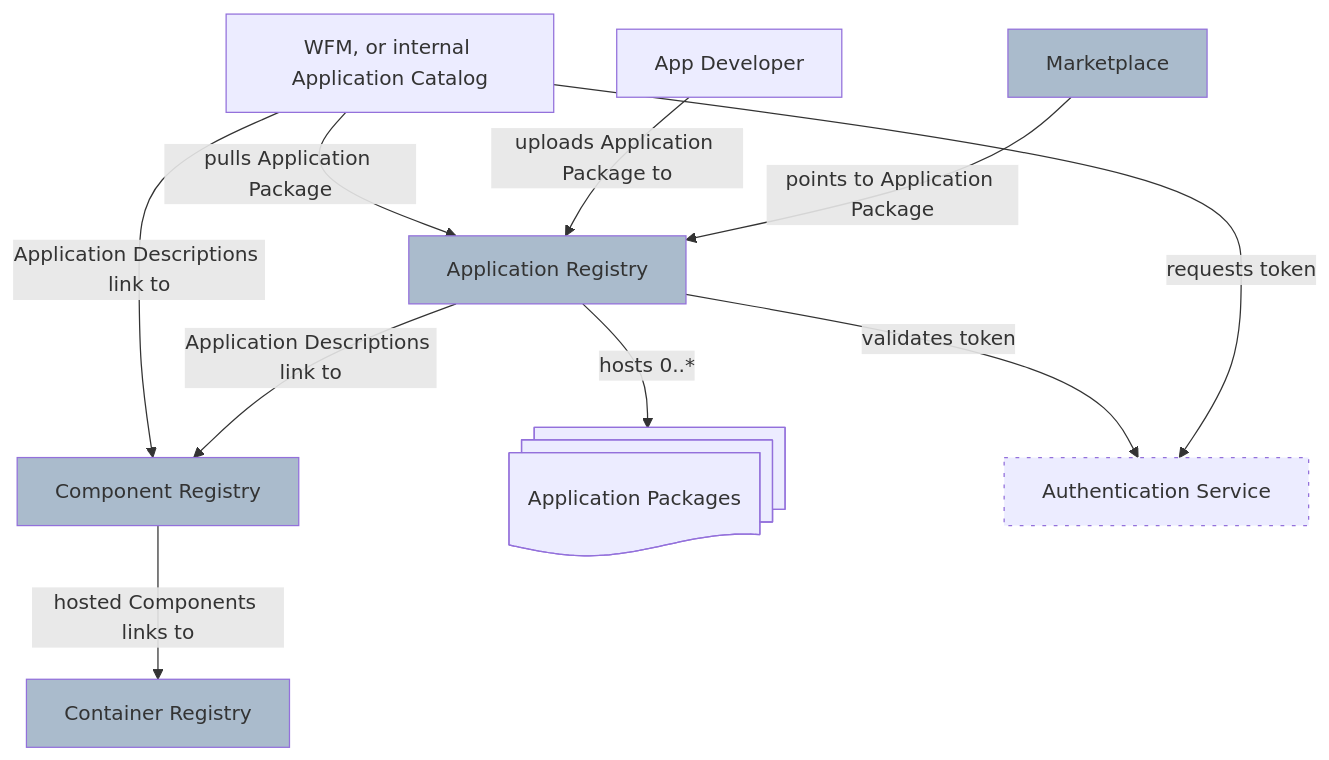
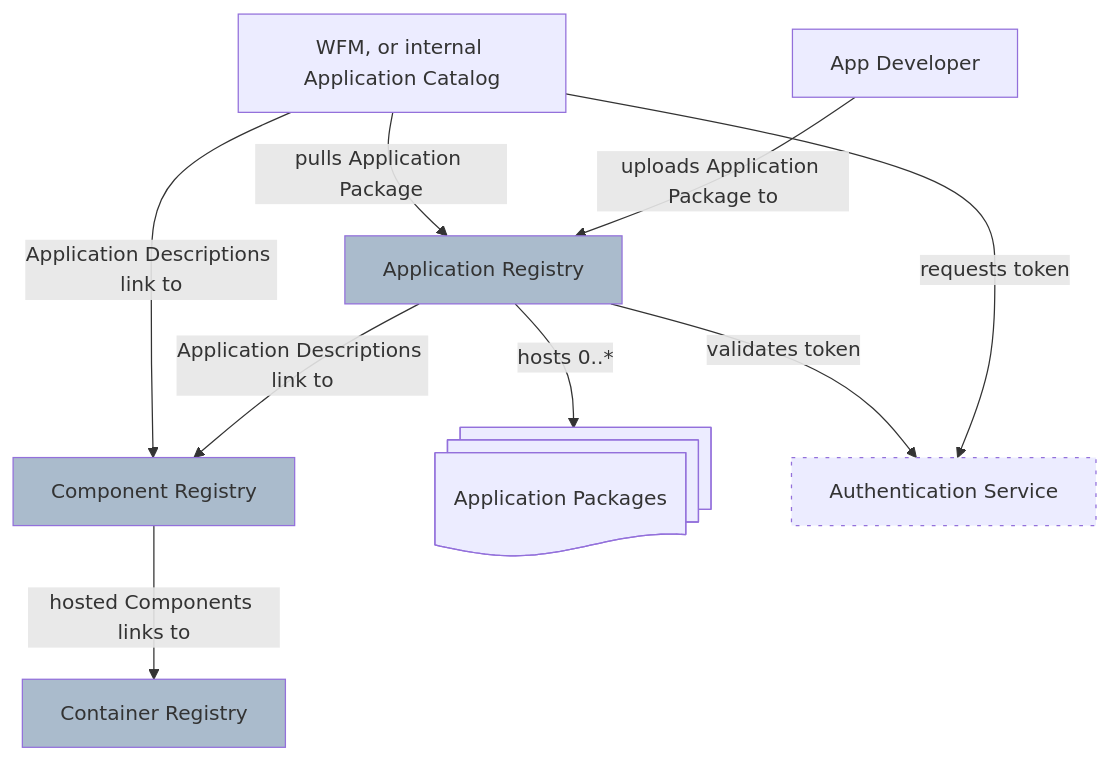
One commit to Silvanoc/margo-specification changed the diagram in system-design/concepts/applications/application-registry.md. Above: the diagram before and after it, drawn with Mermaid. The commit also changed other lines of this file and 5 other files, not shown here.

Commit message:
Removed 'Marketplace' term and adjusted 'Application Catalog' term usage

````diff
--- a/system-design/concepts/applications/application-registry.md
+++ b/system-design/concepts/applications/application-registry.md
@@ -14,18 +13,16 @@
 ```mermaid
 flowchart
    A[WFM, or internal Application Catalog] -- Application Descriptions link to --> B[Component Registry] 
    C[Application Registry] -- Application Descriptions link to --> B
    B -- hosted Components links to --> D[Container Registry]
    A -->|pulls Application Package | C
    F[App Developer] -->|uploads Application Package to| C
-   G["Marketplace"] -- points to Application Package --> C
    C -->|hosts 0..*| E@{ shape: docs, label: "Application Packages"} 
    C -->|validates token| H[Authentication Service] 
    A -->|requests token| H
    style H stroke-dasharray: 3 6
 
    style B fill:#ABC
    style C fill:#ABC
    style D fill:#ABC
-   style G fill:#ABC
 ```
````
